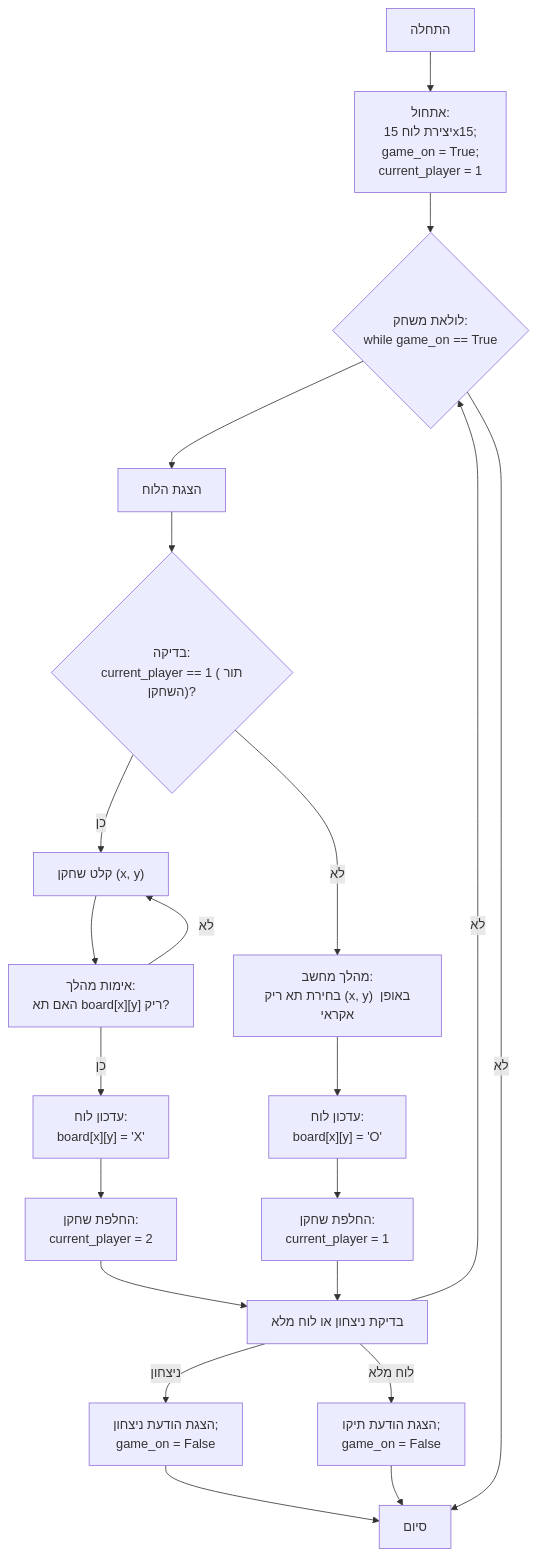
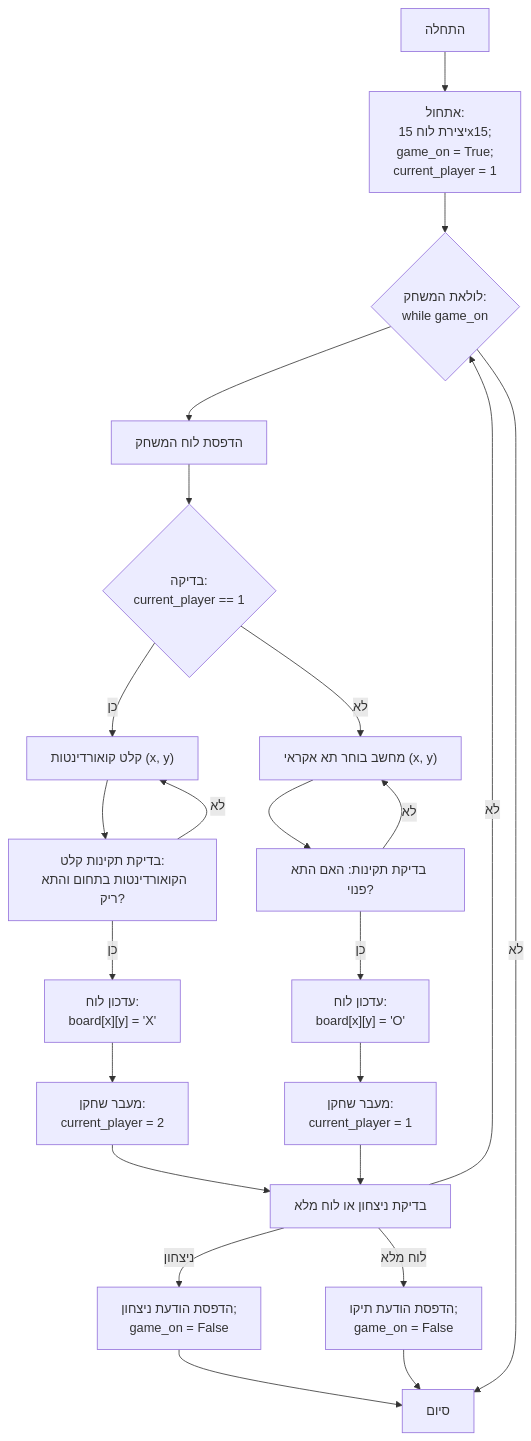
Before and after one commit to hypo69/hypo: the diagram in docs/gemini/he/explainer/src/endpoints/ai_games/101_basic_computer_games/ru/GAMES/GOMOKO/gomoko.py.md, drawn with Mermaid. The commit also changed other lines of this file and 885 other files, not shown here.

````diff
--- a/docs/gemini/he/explainer/src/endpoints/ai_games/101_basic_computer_games/ru/GAMES/GOMOKO/gomoko.py.md
+++ b/docs/gemini/he/explainer/src/endpoints/ai_games/101_basic_computer_games/ru/GAMES/GOMOKO/gomoko.py.md
@@ -39,23 +60,26 @@
 ```mermaid
 flowchart TD
-    Start["התחלה"] --> InitializeBoard["אתחול:<br>יצירת לוח 15x15; <br>game_on = True; <br>current_player = 1"]
-    InitializeBoard --> GameLoopStart{"לולאת משחק:<br>while game_on == True"}
-    GameLoopStart --> DisplayBoard["הצגת הלוח"]
-    DisplayBoard --> CheckPlayer{"בדיקה:<br>current_player == 1 (תור השחקן)?"}
-    CheckPlayer -- כן --> PlayerInput["קלט שחקן (x, y)"]
-    PlayerInput --> ValidatePlayerMove["אימות מהלך:<br>האם תא board[x][y] ריק?"]
-    ValidatePlayerMove -- לא --> PlayerInput
-    ValidatePlayerMove -- כן --> UpdateBoardPlayer["עדכון לוח:<br>board[x][y] = 'X'"]
-    UpdateBoardPlayer --> ChangePlayerP1["החלפת שחקן:<br>current_player = 2"]
+    Start["התחלה"] --> InitializeBoard["אתחול: <br>יצירת לוח 15x15; <br>game_on = True; <br>current_player = 1"]
+    InitializeBoard --> GameLoopStart{"לולאת המשחק:<br>while game_on"}
+    GameLoopStart --> DisplayBoard["הדפסת לוח המשחק"]
+    DisplayBoard --> CheckPlayer{"בדיקה: <br>current_player == 1"}
+    CheckPlayer -- כן --> PlayerInput["קלט קואורדינטות (x, y)"]
+    PlayerInput --> ValidateMove["בדיקת תקינות קלט:<br>הקואורדינטות בתחום והתא ריק?"]
+    ValidateMove -- לא --> PlayerInput
+    ValidateMove -- כן --> UpdateBoardPlayer["עדכון לוח:<br>board[x][y] = 'X'"]
+    UpdateBoardPlayer --> ChangePlayerP1["מעבר שחקן:<br>current_player = 2"]
     ChangePlayerP1 --> CheckWinOrFull["בדיקת ניצחון או לוח מלא"]
-    CheckPlayer -- לא --> ComputerMove["מהלך מחשב:<br>בחירת תא ריק (x, y) באופן אקראי"]
-    ComputerMove --> UpdateBoardComputer["עדכון לוח:<br>board[x][y] = 'O'"]
-    UpdateBoardComputer --> ChangePlayerP2["החלפת שחקן:<br>current_player = 1"]
+    CheckPlayer -- לא --> ComputerMove["מחשב בוחר תא אקראי (x, y)"]
+    ComputerMove --> ValidateComputerMove["בדיקת תקינות: האם התא פנוי?"]
+     ValidateComputerMove -- לא --> ComputerMove
+    ValidateComputerMove -- כן --> UpdateBoardComputer["עדכון לוח:<br>board[x][y] = 'O'"]
+    UpdateBoardComputer --> ChangePlayerP2["מעבר שחקן:<br>current_player = 1"]
     ChangePlayerP2 --> CheckWinOrFull
-    CheckWinOrFull -- ניצחון --> OutputWinner["הצגת הודעת ניצחון; <br>game_on = False"]
+    CheckWinOrFull -- ניצחון --> OutputWinner["הדפסת הודעת ניצחון; <br>game_on = False"]
     OutputWinner --> End["סיום"]
-    CheckWinOrFull -- לוח מלא --> OutputDraw["הצגת הודעת תיקו; <br>game_on = False"]
+    CheckWinOrFull -- לוח מלא --> OutputDraw["הדפסת הודעת תיקו; <br>game_on = False"]
     OutputDraw --> End
     CheckWinOrFull -- לא --> GameLoopStart
     GameLoopStart -- לא --> End
+
 ```
````
